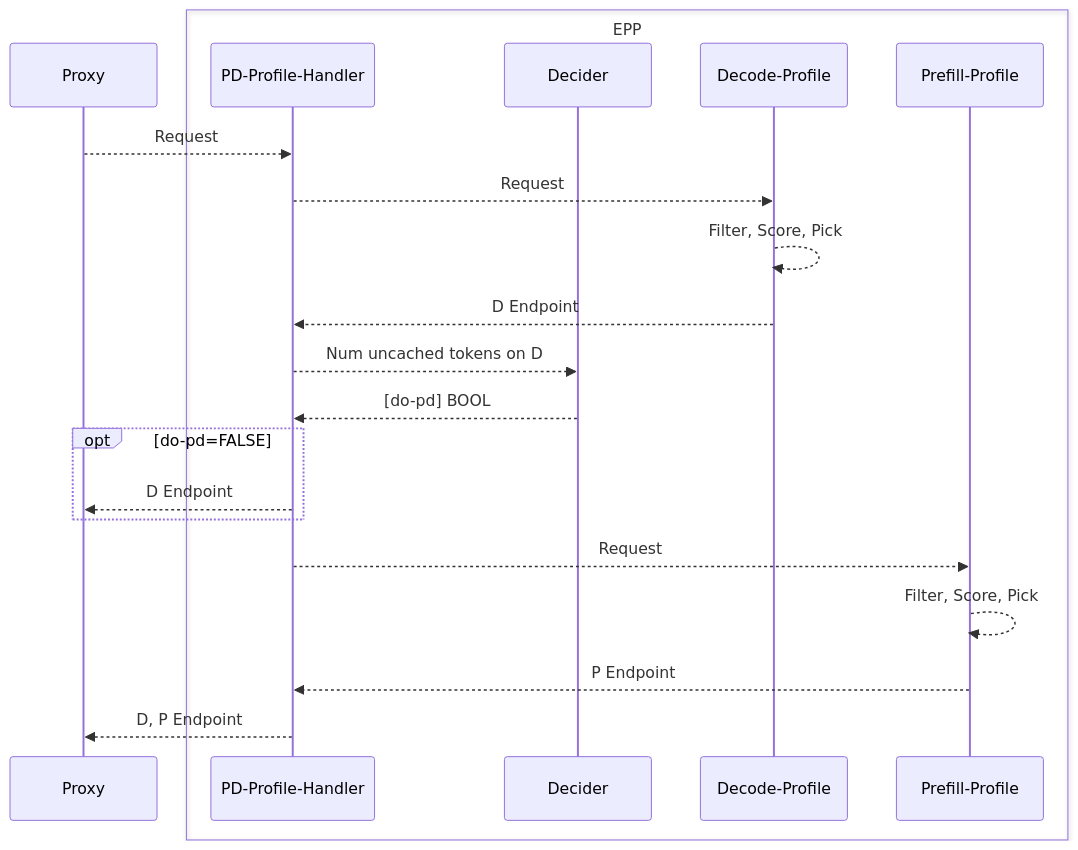
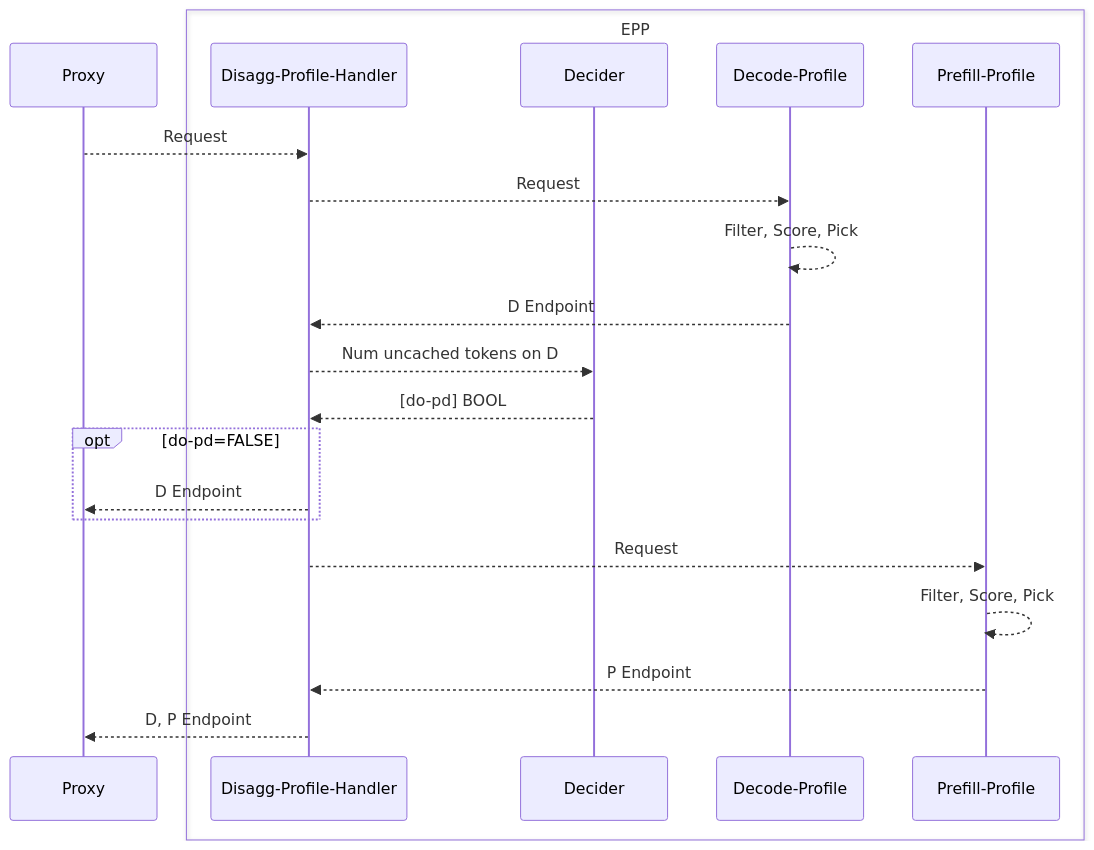
One commit to llm-d/llm-d changed the second of 2 diagrams in docs/wip-docs-new/architecture/advanced/disaggregation/README.md. Above: the diagram before and after it, drawn with Mermaid. The commit also changed other lines of this file and 7 other files, not shown here.

````diff
--- a/docs/wip-docs-new/architecture/advanced/disaggregation/README.md
+++ b/docs/wip-docs-new/architecture/advanced/disaggregation/README.md
@@ -65,25 +67,25 @@
 ```mermaid
 sequenceDiagram
     participant Proxy
     box EPP
-        participant PD-Profile-Handler
+        participant Disagg-Profile-Handler
         participant Decider
         participant Decode-Profile
         participant Prefill-Profile
     end
 
-    Proxy-->>PD-Profile-Handler: Request
-    PD-Profile-Handler-->>Decode-Profile: Request
+    Proxy-->>Disagg-Profile-Handler: Request
+    Disagg-Profile-Handler-->>Decode-Profile: Request
     Decode-Profile-->>Decode-Profile: Filter, Score, Pick
-    Decode-Profile-->>PD-Profile-Handler: D Endpoint
-    PD-Profile-Handler-->>Decider: Num uncached tokens on D
-    Decider-->>PD-Profile-Handler: [do-pd] BOOL
+    Decode-Profile-->>Disagg-Profile-Handler: D Endpoint
+    Disagg-Profile-Handler-->>Decider: Num uncached tokens on D
+    Decider-->>Disagg-Profile-Handler: [do-pd] BOOL
     opt do-pd=FALSE
-        PD-Profile-Handler-->>Proxy: D Endpoint
+        Disagg-Profile-Handler-->>Proxy: D Endpoint
     end
 
-    PD-Profile-Handler-->>Prefill-Profile: Request
+    Disagg-Profile-Handler-->>Prefill-Profile: Request
     Prefill-Profile-->>Prefill-Profile: Filter, Score, Pick
-    Prefill-Profile-->>PD-Profile-Handler: P Endpoint
-    PD-Profile-Handler-->>Proxy: D, P Endpoint
+    Prefill-Profile-->>Disagg-Profile-Handler: P Endpoint
+    Disagg-Profile-Handler-->>Proxy: D, P Endpoint
 ```
````
